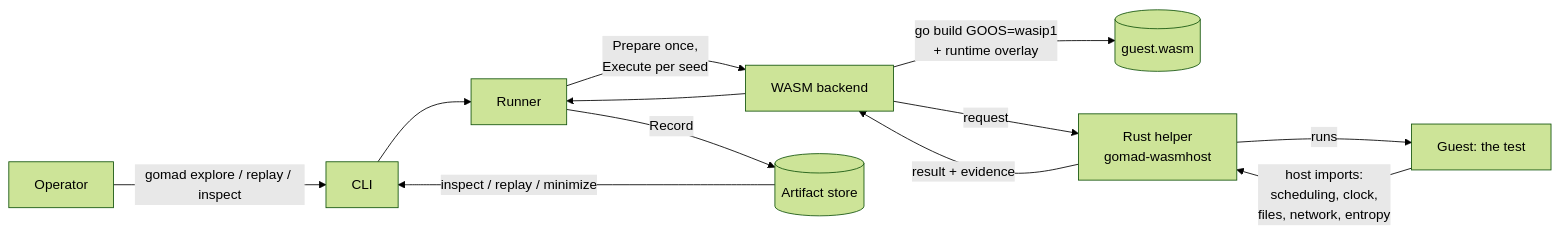
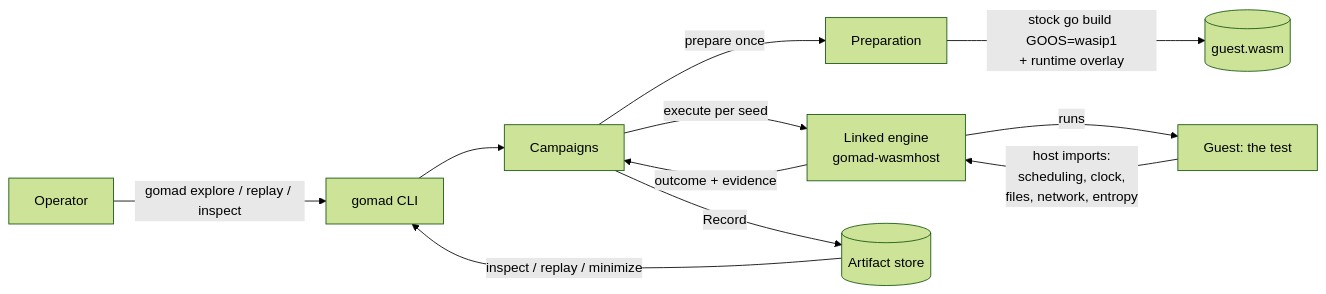
The first of 7 diagrams in tools/gomad/ARCHITECTURE.md (stephanos/temporal), drawn with Mermaid (forest theme) before and after one commit. The commit also changed other lines of this file and 8 other files, not shown here.

First line of the commit message:
gomad: close fn-232.13 retirement gaps on the Rust host

````diff
--- a/tools/gomad/ARCHITECTURE.md
+++ b/tools/gomad/ARCHITECTURE.md
@@ -29,14 +29,13 @@
 ```mermaid
 flowchart LR
-    Op[Operator] -->|gomad explore / replay / inspect| CLI
-    CLI --> Runner
-    Runner -->|Prepare once,<br/>Execute per seed| Backend[WASM backend]
-    Backend -->|go build GOOS=wasip1<br/>+ runtime overlay| Module[(guest.wasm)]
-    Backend -->|request| Helper[Rust helper<br/>gomad-wasmhost]
-    Helper -->|runs| Guest[Guest: the test]
-    Guest -->|host imports:<br/>scheduling, clock,<br/>files, network, entropy| Helper
-    Helper -->|result + evidence| Backend
-    Backend --> Runner
-    Runner -->|Record| Artifact[(Artifact store)]
+    Op[Operator] -->|gomad explore / replay / inspect| CLI[gomad CLI]
+    CLI --> Campaign[Campaigns]
+    Campaign -->|prepare once| Prepare[Preparation]
+    Prepare -->|stock go build GOOS=wasip1<br/>+ runtime overlay| Module[(guest.wasm)]
+    Campaign -->|execute per seed| Engine[Linked engine<br/>gomad-wasmhost]
+    Engine -->|runs| Guest[Guest: the test]
+    Guest -->|host imports:<br/>scheduling, clock,<br/>files, network, entropy| Engine
+    Engine -->|outcome + evidence| Campaign
+    Campaign -->|Record| Artifact[(Artifact store)]
     Artifact -->|inspect / replay / minimize| CLI
 ```
````
